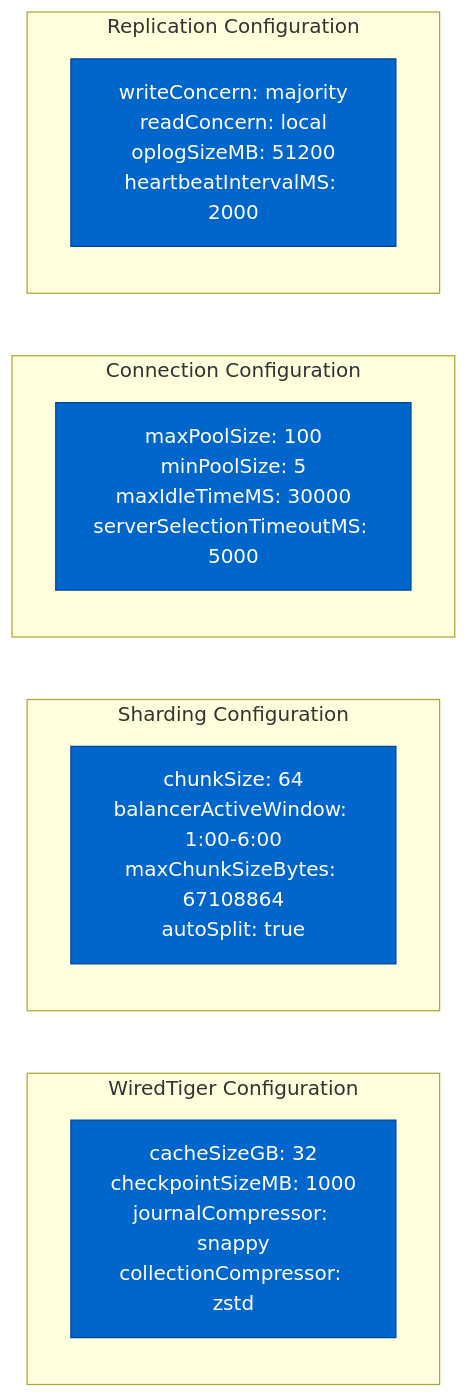
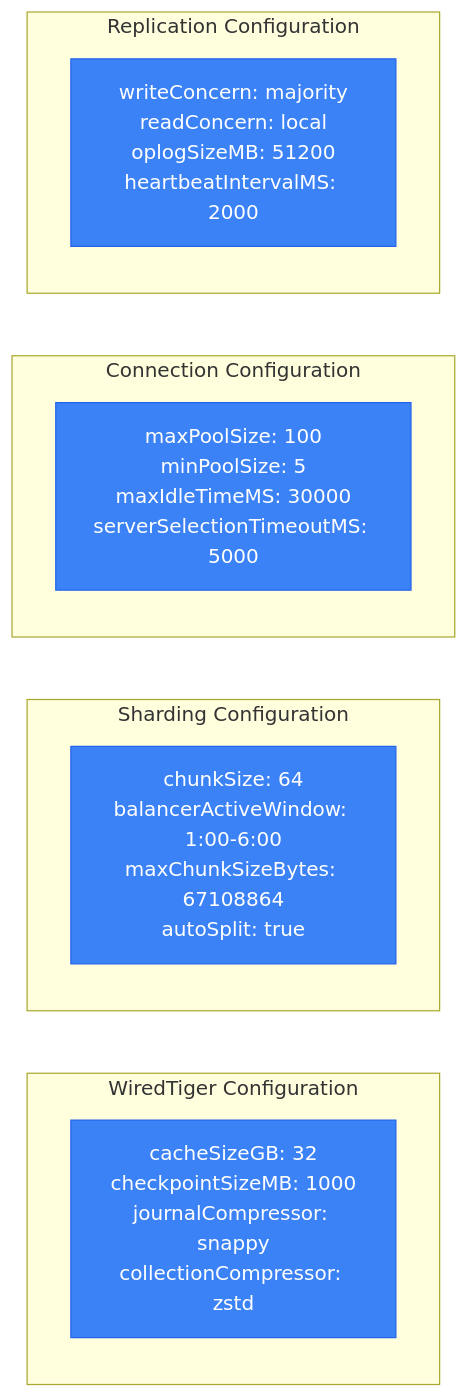
Diagram 11 of 14 in site/docs/performance/mongodb-performance-profile.md (deepaucksharma/DS), drawn with Mermaid before and after one commit. The commit also changed other lines of this file and 303 other files, not shown here.

````diff
--- a/site/docs/performance/mongodb-performance-profile.md
+++ b/site/docs/performance/mongodb-performance-profile.md
@@ -399,22 +399,22 @@
 ```mermaid
 graph LR
     subgraph "WiredTiger Configuration"
         WT1[cacheSizeGB: 32<br/>checkpointSizeMB: 1000<br/>journalCompressor: snappy<br/>collectionCompressor: zstd]
     end
 
     subgraph "Sharding Configuration"
         SH1[chunkSize: 64<br/>balancerActiveWindow: 1:00-6:00<br/>maxChunkSizeBytes: 67108864<br/>autoSplit: true]
     end
 
     subgraph "Connection Configuration"
         CONN1[maxPoolSize: 100<br/>minPoolSize: 5<br/>maxIdleTimeMS: 30000<br/>serverSelectionTimeoutMS: 5000]
     end
 
     subgraph "Replication Configuration"
         REPL1[writeConcern: majority<br/>readConcern: local<br/>oplogSizeMB: 51200<br/>heartbeatIntervalMS: 2000]
     end
 
-    classDef configStyle fill:#0066CC,stroke:#004499,color:#fff
+    classDef configStyle fill:#3B82F6,stroke:#2563EB,color:#fff
 
     class WT1,SH1,CONN1,REPL1 configStyle
 ```
````
